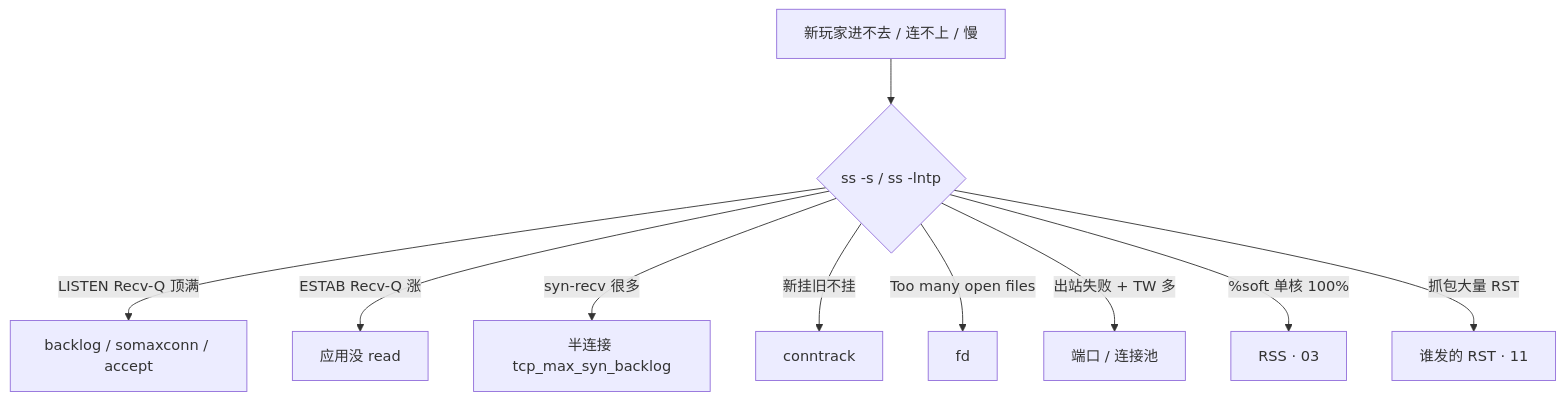
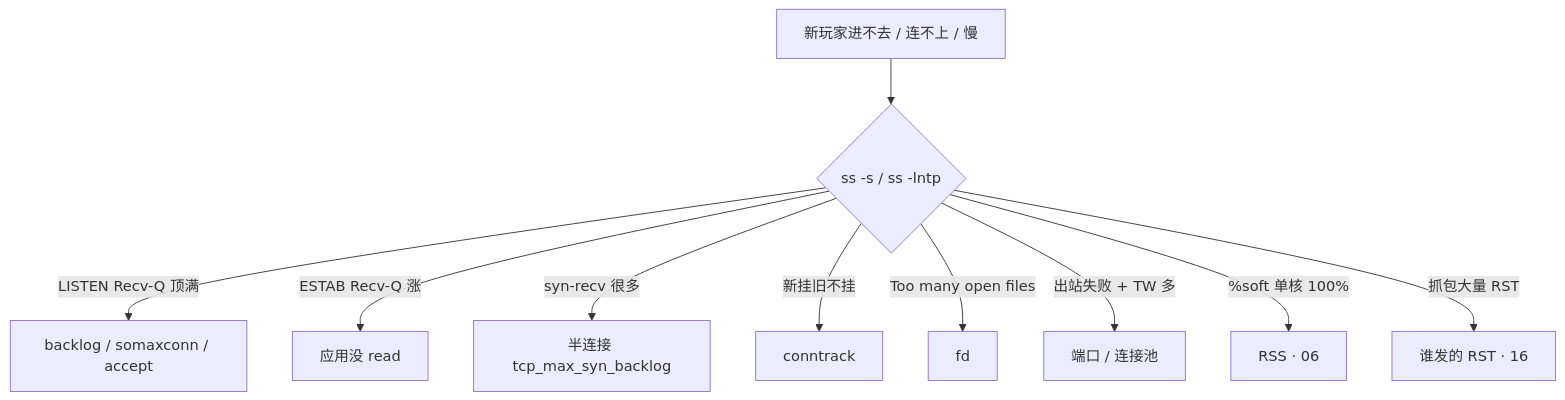
One commit to ml-cuizijun/LearnToLilith changed the fourth of 4 diagrams in 01-基础底座/12-网络栈与Socket/知识点.md. Above: the diagram before and after it, drawn with Mermaid. The commit also changed other lines of this file and 56 other files, not shown here.

````diff
--- a/01-基础底座/12-网络栈与Socket/知识点.md
+++ b/01-基础底座/12-网络栈与Socket/知识点.md
@@ -1564,12 +1564,12 @@
 ```mermaid
 flowchart TB
     A["新玩家进不去 / 连不上 / 慢"] --> B{"ss -s / ss -lntp"}
     B -->|LISTEN Recv-Q 顶满| C["backlog / somaxconn / accept"]
     B -->|ESTAB Recv-Q 涨| D["应用没 read"]
     B -->|syn-recv 很多| E["半连接 tcp_max_syn_backlog"]
     B -->|新挂旧不挂| F["conntrack"]
     B -->|Too many open files| G["fd"]
     B -->|出站失败 + TW 多| H["端口 / 连接池"]
-    B -->|%soft 单核 100%| I["RSS · 03"]
-    B -->|抓包大量 RST| J["谁发的 RST · 11"]
+    B -->|%soft 单核 100%| I["RSS · 06"]
+    B -->|抓包大量 RST| J["谁发的 RST · 16"]
 ```
````
